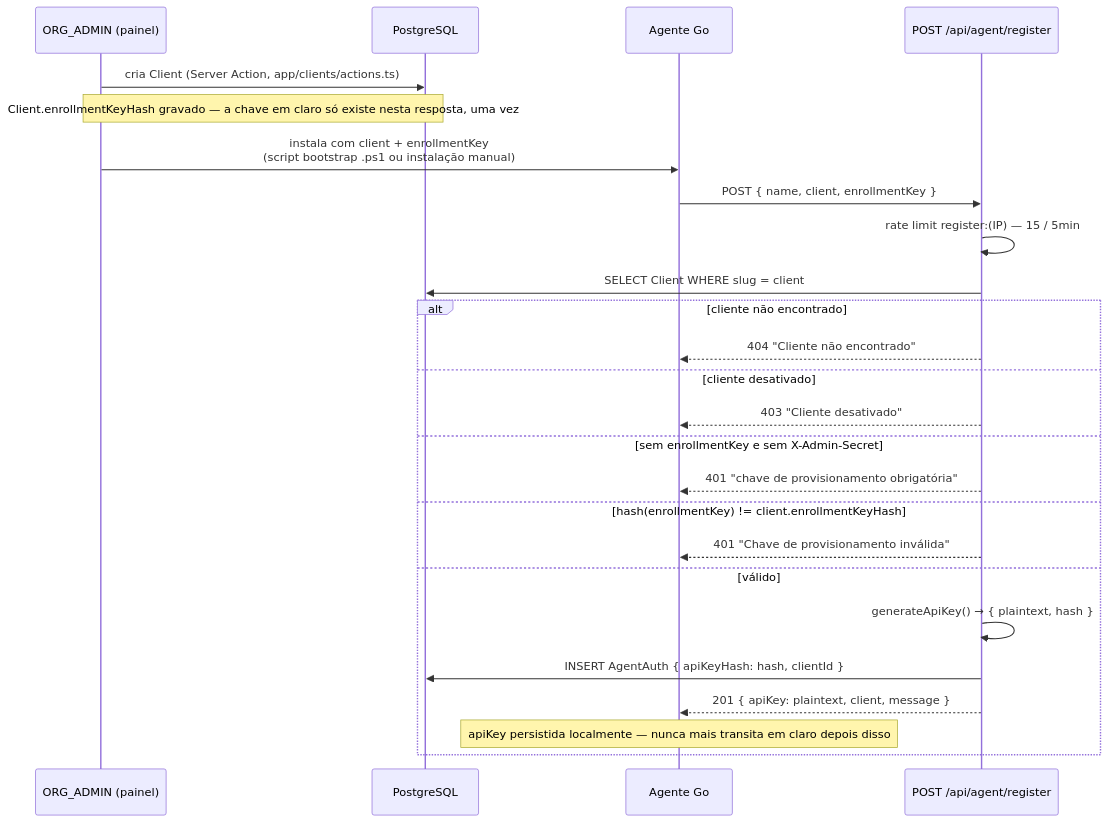
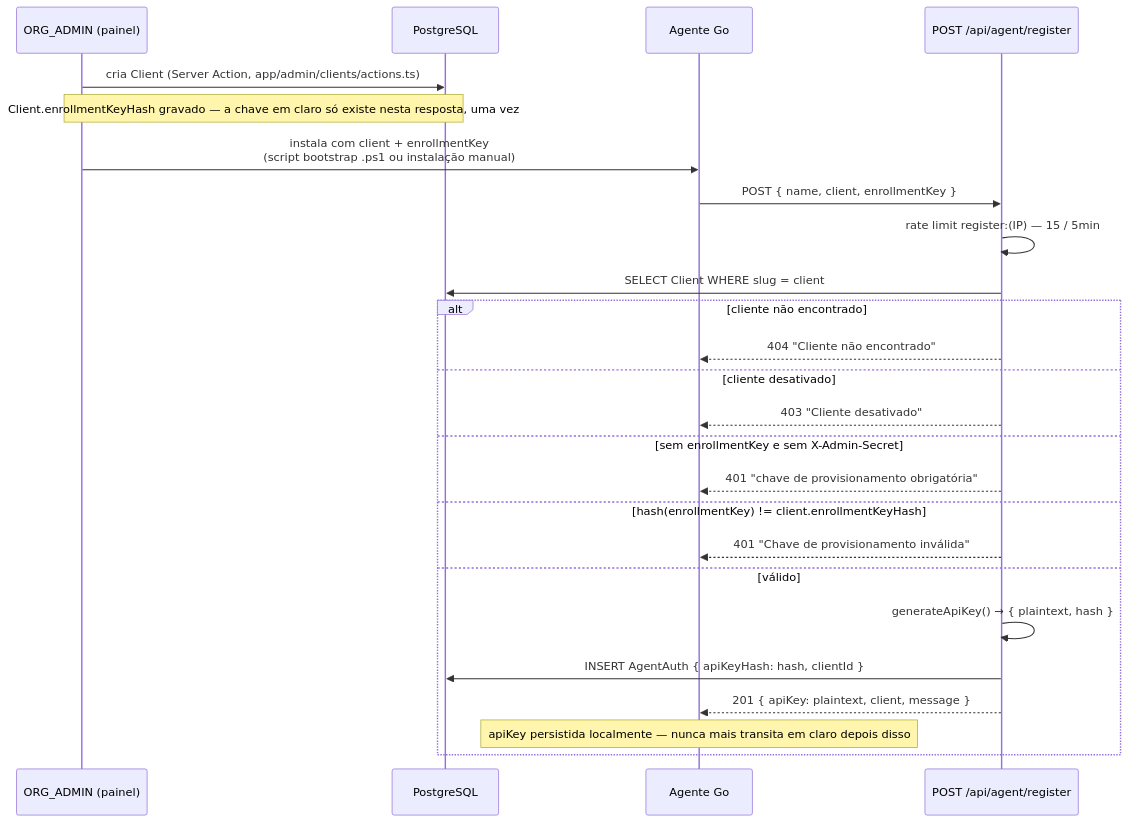
The first of 3 diagrams in docs/SPEC.md (rodrigoalves022/Inventario), drawn with Mermaid before and after one commit. The commit also changed other lines of this file and 92 other files, not shown here.

Commit message:
feat(routes): reorganizacao de rotas /tenant->/app e /clients->/admin/clients com redirects 308, eslint ativo em app/components/lib e 132/132 testes

````diff
--- a/docs/SPEC.md
+++ b/docs/SPEC.md
@@ -17,28 +17,28 @@
 ```mermaid
 sequenceDiagram
     participant Admin as ORG_ADMIN (painel)
     participant DB as PostgreSQL
     participant Agent as Agente Go
     participant API as POST /api/agent/register
 
-    Admin->>DB: cria Client (Server Action, app/clients/actions.ts)
+    Admin->>DB: cria Client (Server Action, app/admin/clients/actions.ts)
     Note over Admin,DB: Client.enrollmentKeyHash gravado — a chave em claro só existe nesta resposta, uma vez
     Admin->>Agent: instala com client + enrollmentKey<br/>(script bootstrap .ps1 ou instalação manual)
     Agent->>API: POST { name, client, enrollmentKey }
     API->>API: rate limit register:(IP) — 15 / 5min
     API->>DB: SELECT Client WHERE slug = client
     alt cliente não encontrado
         API-->>Agent: 404 "Cliente não encontrado"
     else cliente desativado
         API-->>Agent: 403 "Cliente desativado"
     else sem enrollmentKey e sem X-Admin-Secret
         API-->>Agent: 401 "chave de provisionamento obrigatória"
     else hash(enrollmentKey) != client.enrollmentKeyHash
         API-->>Agent: 401 "Chave de provisionamento inválida"
     else válido
         API->>API: generateApiKey() → { plaintext, hash }
         API->>DB: INSERT AgentAuth { apiKeyHash: hash, clientId }
         API-->>Agent: 201 { apiKey: plaintext, client, message }
         Note over Agent: apiKey persistida localmente — nunca mais transita em claro depois disso
     end
 ```
````
